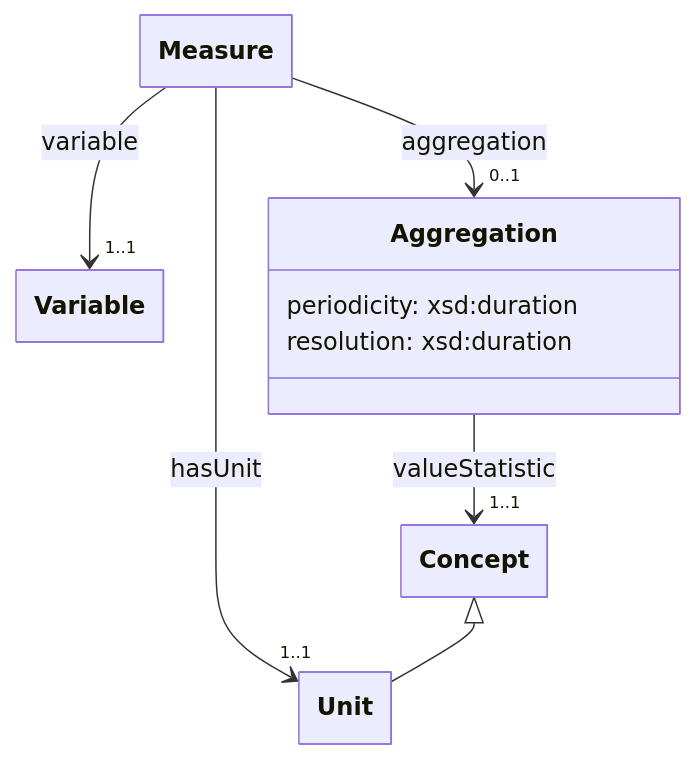
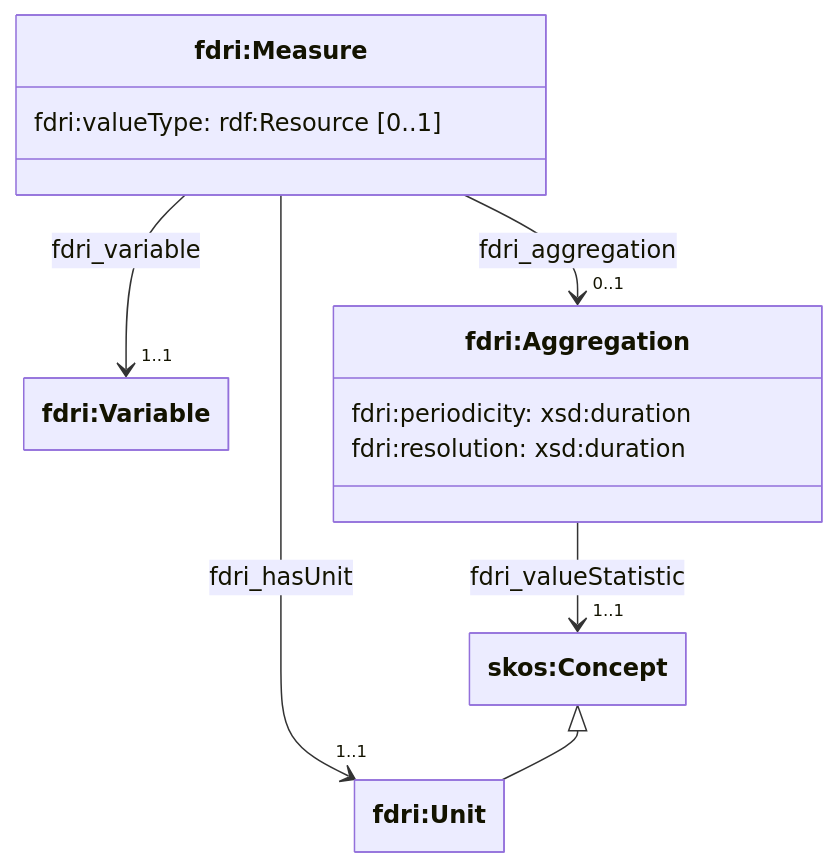
Before and after one commit to NERC-CEH/fdri-ontology: the fourth of 4 diagrams in doc/variables.md, drawn with Mermaid. The commit also changed other lines of this file, not shown here.

Commit message:
Document valueType on Measure (#19)

````diff
--- a/doc/variables.md
+++ b/doc/variables.md
@@ -103,21 +108,23 @@
 ```mermaid
 ---
 config:
     class:
         hideEmptyMembersBox: true
 ---
 classDiagram
-class Measure
-class Variable
-class Aggregation {
-    periodicity: xsd:duration
-    resolution: xsd:duration
+class Measure["fdri:Measure"] {
+  fdri:valueType: rdf:Resource [0..1]
 }
-class Unit
-class Concept
-Measure --> "1..1" Variable: variable
-Measure --> "1..1" Unit: hasUnit
-Measure --> "0..1" Aggregation: aggregation
-Aggregation --> "1..1" Concept: valueStatistic
+class Variable["fdri:Variable"]
+class Aggregation["fdri:Aggregation"] {
+    fdri:periodicity: xsd:duration
+    fdri:resolution: xsd:duration
+}
+class Unit["fdri:Unit"]
+class Concept["skos:Concept"]
+Measure --> "1..1" Variable: fdri_variable
+Measure --> "1..1" Unit: fdri_hasUnit
+Measure --> "0..1" Aggregation: fdri_aggregation
+Aggregation --> "1..1" Concept: fdri_valueStatistic
 Concept <|-- Unit
 ```
````
